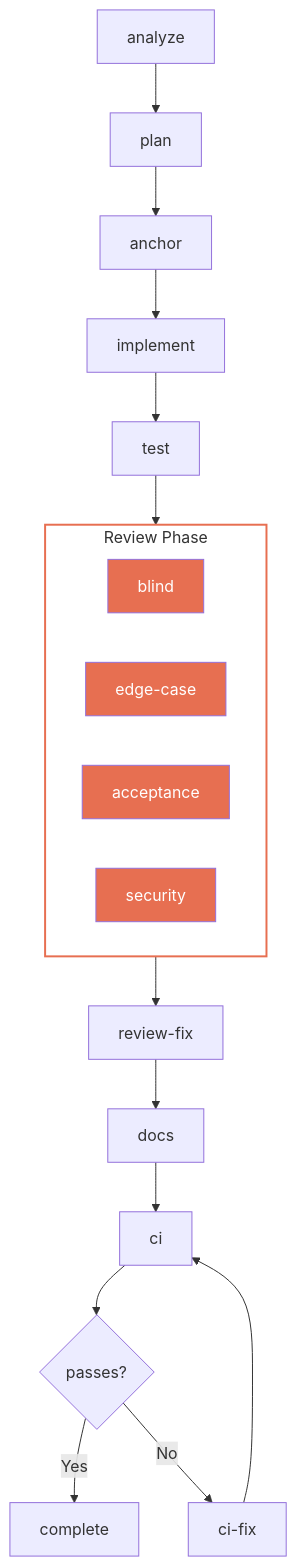
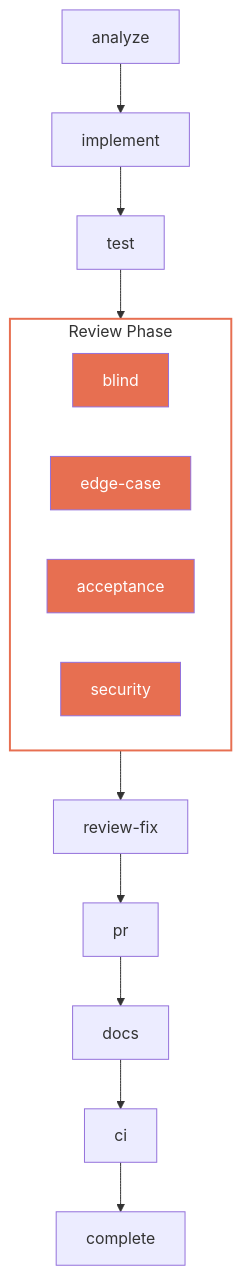
One commit to jamescrowley321/identity-stack-planning changed the second of 4 diagrams in docs/ralph-loop-process.md. Above: the diagram before and after it, drawn with Mermaid. The commit also changed other lines of this file and 13 other files, not shown here.

````diff
--- a/docs/ralph-loop-process.md
+++ b/docs/ralph-loop-process.md
@@ -52,28 +52,25 @@
 ```mermaid
 flowchart TD
-    A[analyze] --> P[plan]
-    P --> AN[anchor]
-    AN --> I[implement]
+    A[analyze] --> I[implement]
     I --> T[test]
 
     subgraph review["Review Phase"]
         RB[blind]
         RE[edge-case]
         RA[acceptance]
         RS[security]
     end
 
     T --> review
     review --> RF[review-fix]
-    RF --> D[docs]
+    RF --> PR[pr]
+    PR --> D[docs]
     D --> CI[ci]
-    CI --> CIF{passes?}
-    CIF -->|Yes| DONE[complete]
-    CIF -->|No| CIFIX[ci-fix] --> CI
+    CI --> DONE[complete]
 
     style RB fill:#e76f51,color:#fff
     style RE fill:#e76f51,color:#fff
     style RA fill:#e76f51,color:#fff
     style RS fill:#e76f51,color:#fff
     style review fill:none,stroke:#e76f51,stroke-width:2px
 ```
````
